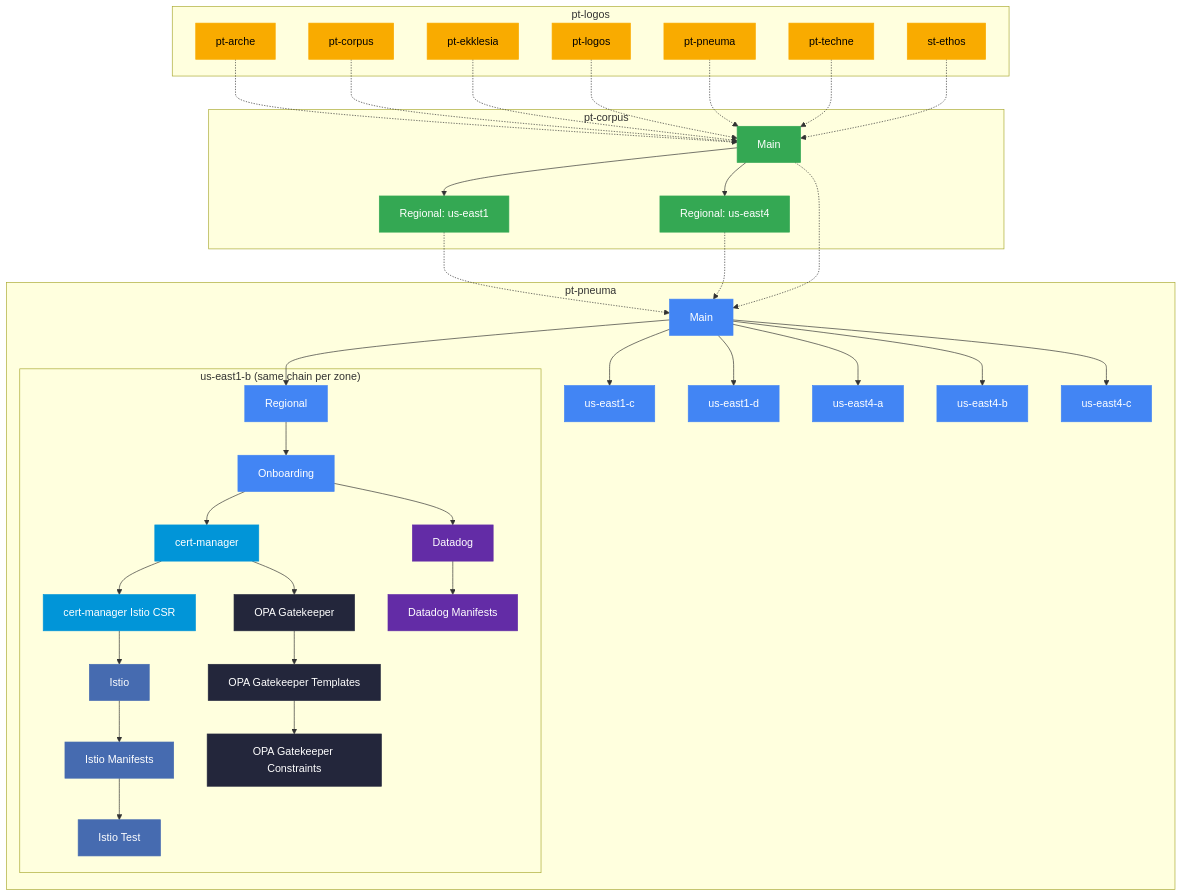
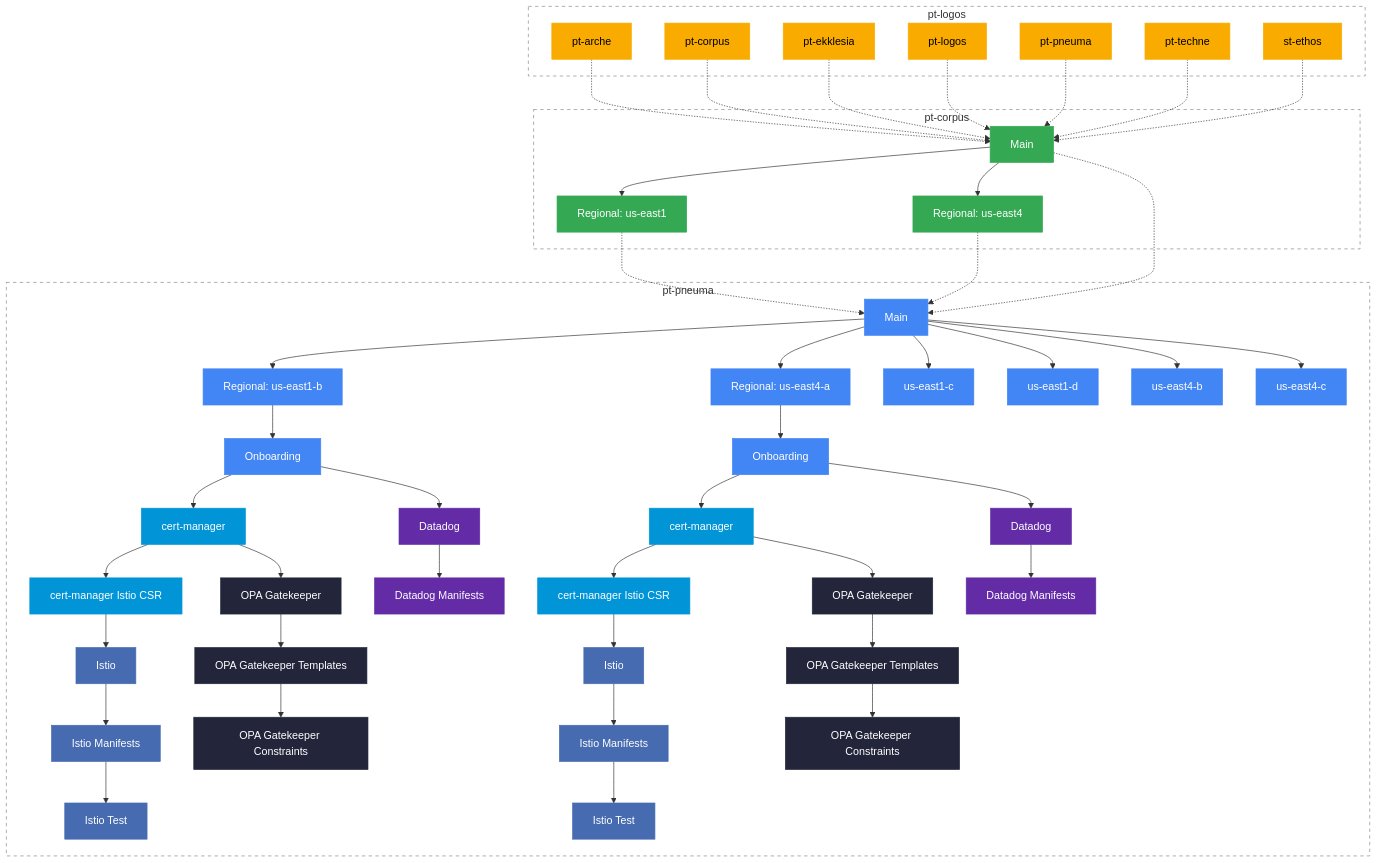
The diagram in README.md (osinfra-io/pt-logos), drawn with Mermaid before and after one commit. The commit also changed other lines of this file, not shown here.

Commit message:
Duplicate zone chains and use dotted-line subgraph borders
Show two full zone chains (us-east1-b and us-east4-a) side by
side with remaining zones as collapsed nodes. Replace solid
gray subgraph backgrounds with dotted-line borders.

````diff
--- a/README.md
+++ b/README.md
@@ -64,43 +64,65 @@
     subgraph pneuma ["pt-pneuma"]
         pneuma_main["Main"]:::gke
 
-        subgraph us_east1_b ["us-east1-b (same chain per zone)"]
-            zone_regional["Regional"]:::gke
-            zone_onboarding["Onboarding"]:::gke
-            zone_cert_manager["cert-manager"]:::certmanager
-            zone_cert_manager_istio_csr["cert-manager Istio CSR"]:::certmanager
-            zone_istio["Istio"]:::istio
-            zone_istio_manifests["Istio Manifests"]:::istio
-            zone_istio_test["Istio Test"]:::istio
-            zone_datadog["Datadog"]:::datadog
-            zone_datadog_manifests["Datadog Manifests"]:::datadog
-            zone_opa_gatekeeper["OPA Gatekeeper"]:::opa
-            zone_opa_templates["OPA Gatekeeper Templates"]:::opa
-            zone_opa_constraints["OPA Gatekeeper Constraints"]:::opa
+        z1_regional["Regional: us-east1-b"]:::gke
+        z1_onboarding["Onboarding"]:::gke
+        z1_cert_manager["cert-manager"]:::certmanager
+        z1_cert_manager_istio_csr["cert-manager Istio CSR"]:::certmanager
+        z1_istio["Istio"]:::istio
+        z1_istio_manifests["Istio Manifests"]:::istio
+        z1_istio_test["Istio Test"]:::istio
+        z1_datadog["Datadog"]:::datadog
+        z1_datadog_manifests["Datadog Manifests"]:::datadog
+        z1_opa_gatekeeper["OPA Gatekeeper"]:::opa
+        z1_opa_templates["OPA Gatekeeper Templates"]:::opa
+        z1_opa_constraints["OPA Gatekeeper Constraints"]:::opa
 
-            zone_regional --> zone_onboarding
-            zone_onboarding --> zone_cert_manager
-            zone_onboarding --> zone_datadog
-            zone_cert_manager --> zone_cert_manager_istio_csr
-            zone_cert_manager --> zone_opa_gatekeeper
-            zone_cert_manager_istio_csr --> zone_istio
-            zone_istio --> zone_istio_manifests
-            zone_istio_manifests --> zone_istio_test
-            zone_datadog --> zone_datadog_manifests
-            zone_opa_gatekeeper --> zone_opa_templates
-            zone_opa_templates --> zone_opa_constraints
-        end
+        pneuma_main --> z1_regional
+        z1_regional --> z1_onboarding
+        z1_onboarding --> z1_cert_manager
+        z1_onboarding --> z1_datadog
+        z1_cert_manager --> z1_cert_manager_istio_csr
+        z1_cert_manager --> z1_opa_gatekeeper
+        z1_cert_manager_istio_csr --> z1_istio
+        z1_istio --> z1_istio_manifests
+        z1_istio_manifests --> z1_istio_test
+        z1_datadog --> z1_datadog_manifests
+        z1_opa_gatekeeper --> z1_opa_templates
+        z1_opa_templates --> z1_opa_constraints
+
+        z2_regional["Regional: us-east4-a"]:::gke
+        z2_onboarding["Onboarding"]:::gke
+        z2_cert_manager["cert-manager"]:::certmanager
+        z2_cert_manager_istio_csr["cert-manager Istio CSR"]:::certmanager
+        z2_istio["Istio"]:::istio
+        z2_istio_manifests["Istio Manifests"]:::istio
+        z2_istio_test["Istio Test"]:::istio
+        z2_datadog["Datadog"]:::datadog
+        z2_datadog_manifests["Datadog Manifests"]:::datadog
+        z2_opa_gatekeeper["OPA Gatekeeper"]:::opa
+        z2_opa_templates["OPA Gatekeeper Templates"]:::opa
+        z2_opa_constraints["OPA Gatekeeper Constraints"]:::opa
+
+        pneuma_main --> z2_regional
+        z2_regional --> z2_onboarding
+        z2_onboarding --> z2_cert_manager
+        z2_onboarding --> z2_datadog
+        z2_cert_manager --> z2_cert_manager_istio_csr
+        z2_cert_manager --> z2_opa_gatekeeper
+        z2_cert_manager_istio_csr --> z2_istio
+        z2_istio --> z2_istio_manifests
+        z2_istio_manifests --> z2_istio_test
+        z2_datadog --> z2_datadog_manifests
+        z2_opa_gatekeeper --> z2_opa_templates
+        z2_opa_templates --> z2_opa_constraints
 
         pneuma_us_east1_c["us-east1-c"]:::gke
         pneuma_us_east1_d["us-east1-d"]:::gke
-        pneuma_us_east4_a["us-east4-a"]:::gke
         pneuma_us_east4_b["us-east4-b"]:::gke
         pneuma_us_east4_c["us-east4-c"]:::gke
 
-        pneuma_main --> zone_regional
         pneuma_main --> pneuma_us_east1_c
         pneuma_main --> pneuma_us_east1_d
-        pneuma_main --> pneuma_us_east4_a
         pneuma_main --> pneuma_us_east4_b
         pneuma_main --> pneuma_us_east4_c
     end
@@ -115,4 +137,8 @@
     corpus_main -.-> pneuma_main
     corpus_us_east1 -.-> pneuma_main
     corpus_us_east4 -.-> pneuma_main
+
+    style logos fill:none,stroke:#888,stroke-dasharray: 5 5
+    style corpus fill:none,stroke:#888,stroke-dasharray: 5 5
+    style pneuma fill:none,stroke:#888,stroke-dasharray: 5 5
 ```
````
